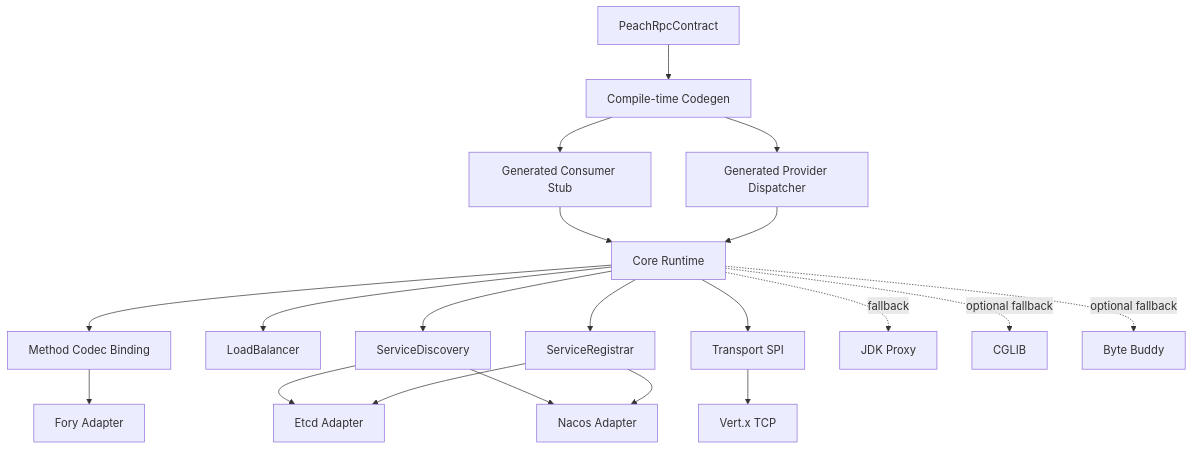
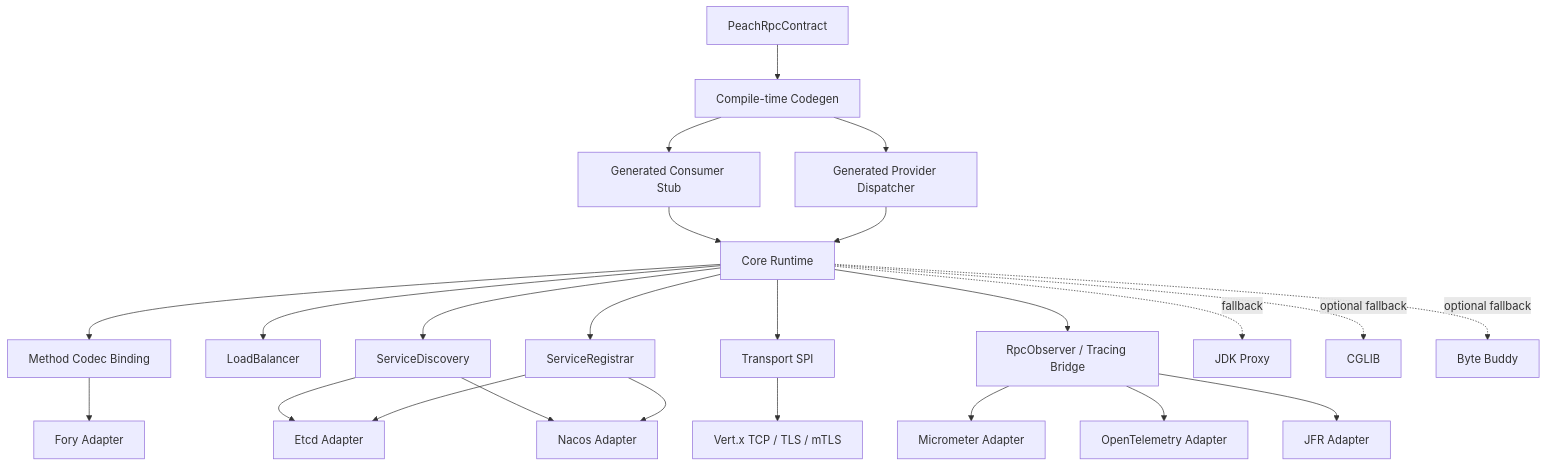
Before and after one commit to Ryan-Guizhou/peach-rpc: the first of 3 diagrams in docs/architecture.md, drawn with Mermaid. The commit also changed other lines of this file, not shown here.

Commit message:
docs: align architecture with V2-C.3 security and observability

````diff
--- a/docs/architecture.md
+++ b/docs/architecture.md
@@ -15,22 +15,26 @@
 ```mermaid
 flowchart TB
     Contract[PeachRpcContract] --> Codegen[Compile-time Codegen]
     Codegen --> Stub[Generated Consumer Stub]
     Codegen --> Dispatcher[Generated Provider Dispatcher]
     Stub --> Core[Core Runtime]
     Dispatcher --> Core
     Core --> Codec[Method Codec Binding]
     Core --> LB[LoadBalancer]
     Core --> Discovery[ServiceDiscovery]
     Core --> Registrar[ServiceRegistrar]
     Core --> Transport[Transport SPI]
     Codec --> Fory[Fory Adapter]
     Discovery --> Etcd[Etcd Adapter]
     Registrar --> Etcd
     Discovery --> Nacos[Nacos Adapter]
     Registrar --> Nacos
-    Transport --> Vertx[Vert.x TCP]
+    Transport --> Vertx[Vert.x TCP / TLS / mTLS]
+    Core --> Obs[RpcObserver / Tracing Bridge]
+    Obs --> Metrics[Micrometer Adapter]
+    Obs --> Tracing[OpenTelemetry Adapter]
+    Obs --> Jfr[JFR Adapter]
     Core -. fallback .-> JDK[JDK Proxy]
     Core -. optional fallback .-> Cglib[CGLIB]
     Core -. optional fallback .-> ByteBuddy[Byte Buddy]
 ```
````
